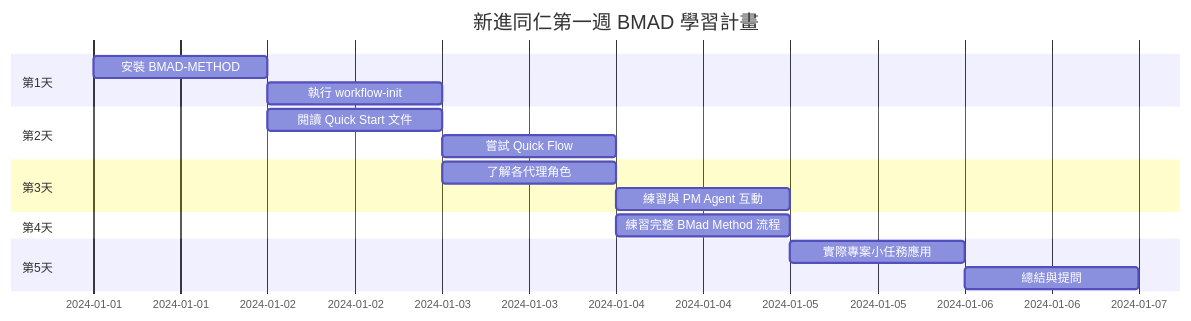
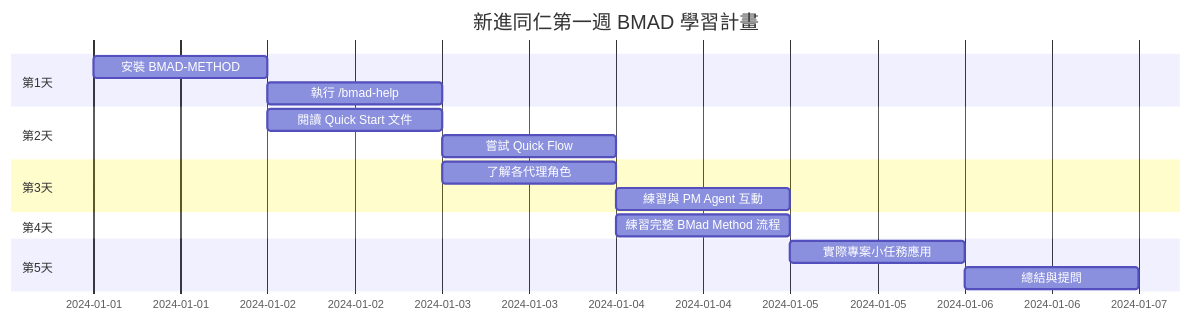
The tenth of 12 diagrams in content/posts/教學/AI開發/BMAD-METHOD使用教學.md (chihhung/Blog), drawn with Mermaid before and after one commit. The commit also changed other lines of this file and 2 other files, not shown here.

````diff
--- a/content/posts/教學/AI開發/BMAD-METHOD使用教學.md
+++ b/content/posts/教學/AI開發/BMAD-METHOD使用教學.md
@@ -2756,19 +2901,19 @@
 ```mermaid
 gantt
     title 新進同仁第一週 BMAD 學習計畫
     dateFormat  YYYY-MM-DD
     section 第1天
     安裝 BMAD-METHOD           :a1, 2024-01-01, 1d
-    執行 workflow-init        :a2, after a1, 1d
+    執行 /bmad-help            :a2, after a1, 1d
     section 第2天
     閱讀 Quick Start 文件      :b1, 2024-01-02, 1d
     嘗試 Quick Flow           :b2, after b1, 1d
     section 第3天
     了解各代理角色            :c1, 2024-01-03, 1d
     練習與 PM Agent 互動      :c2, after c1, 1d
     section 第4天
     練習完整 BMad Method 流程  :d1, 2024-01-04, 1d
     section 第5天
     實際專案小任務應用         :e1, 2024-01-05, 1d
     總結與提問               :e2, after e1, 1d
 ```
````
